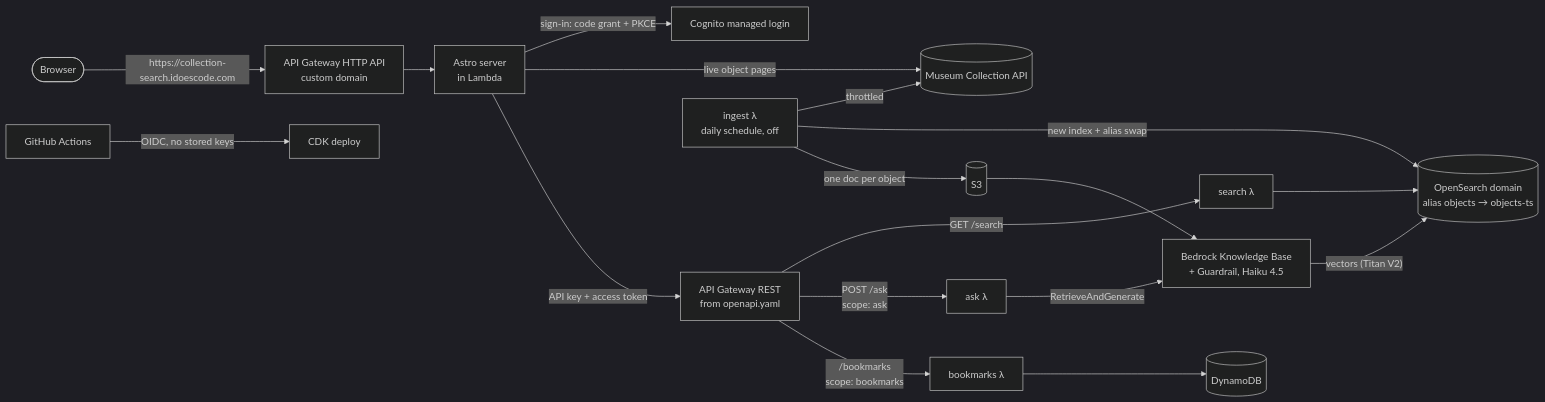
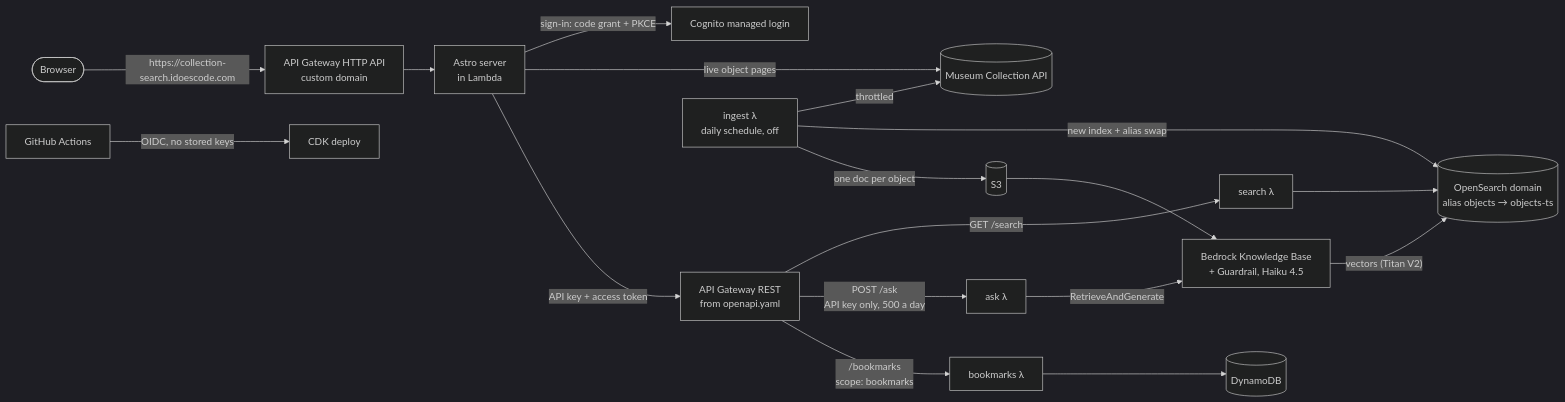
The diagram in README.md (petikehc/collection-search-demo), drawn with Mermaid (dark theme) before and after one commit. The commit also changed other lines of this file, not shown here.

Commit message:
docs: a place for the walkthrough video; /ask needs only the API key

````diff
--- a/README.md
+++ b/README.md
@@ -21,23 +22,23 @@
 ```mermaid
 flowchart LR
   user([Browser]) -- "https://collection-search.idoescode.com" --> site[API Gateway HTTP API<br/>custom domain]
   site --> web["Astro server<br/>in Lambda"]
   web -- "sign-in: code grant + PKCE" --> cognito[Cognito managed login]
   web -- "live object pages" --> nma[(Museum Collection API)]
   web -- "API key + access token" --> apigw[API Gateway REST<br/>from openapi.yaml]
 
   apigw -- "GET /search" --> search[search λ]
-  apigw -- "POST /ask<br/>scope: ask" --> ask[ask λ]
+  apigw -- "POST /ask<br/>API key only, 500 a day" --> ask[ask λ]
   apigw -- "/bookmarks<br/>scope: bookmarks" --> fav[bookmarks λ]
 
   search --> os[(OpenSearch domain<br/>alias objects → objects-ts)]
   ask -- RetrieveAndGenerate --> kb[Bedrock Knowledge Base<br/>+ Guardrail, Haiku 4.5]
   kb -- "vectors (Titan V2)" --> os
   fav --> ddb[(DynamoDB)]
 
   ingest[ingest λ<br/>daily schedule, off] -- throttled --> nma
   ingest -- "new index + alias swap" --> os
   ingest -- "one doc per object" --> s3[(S3)] --> kb
 
   gha[GitHub Actions] -- "OIDC, no stored keys" --> cdk[CDK deploy]
 ```
````
